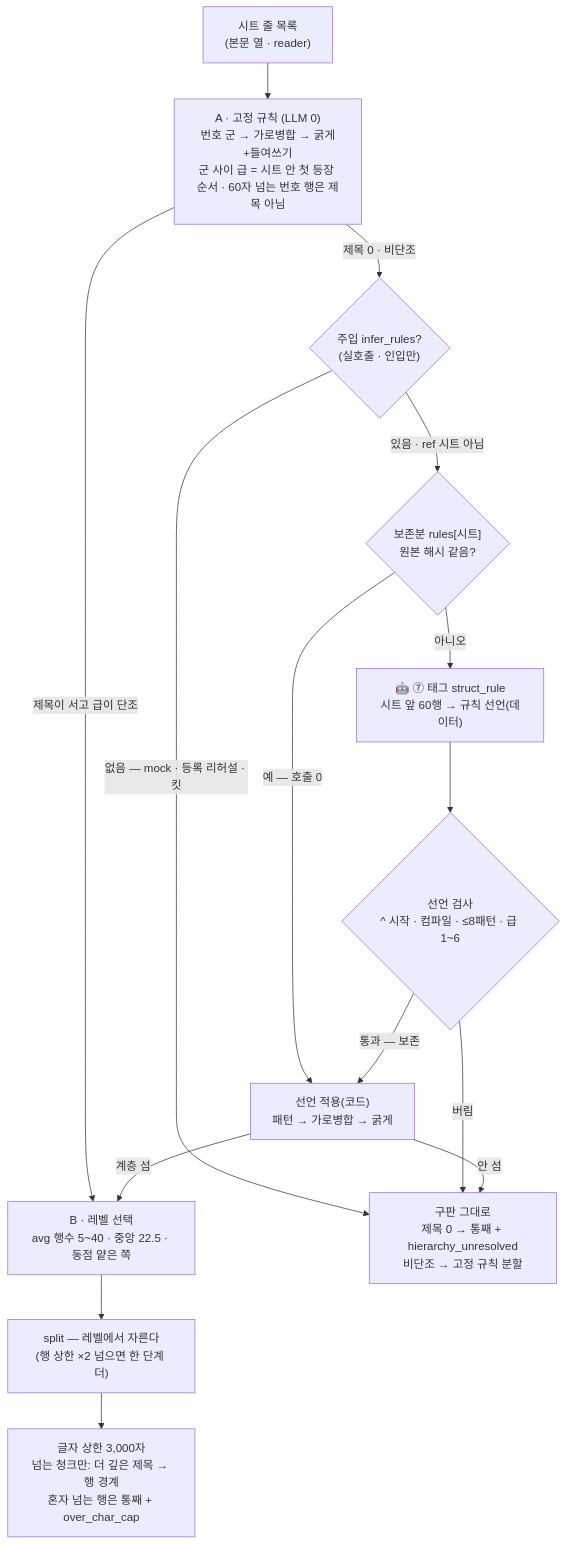
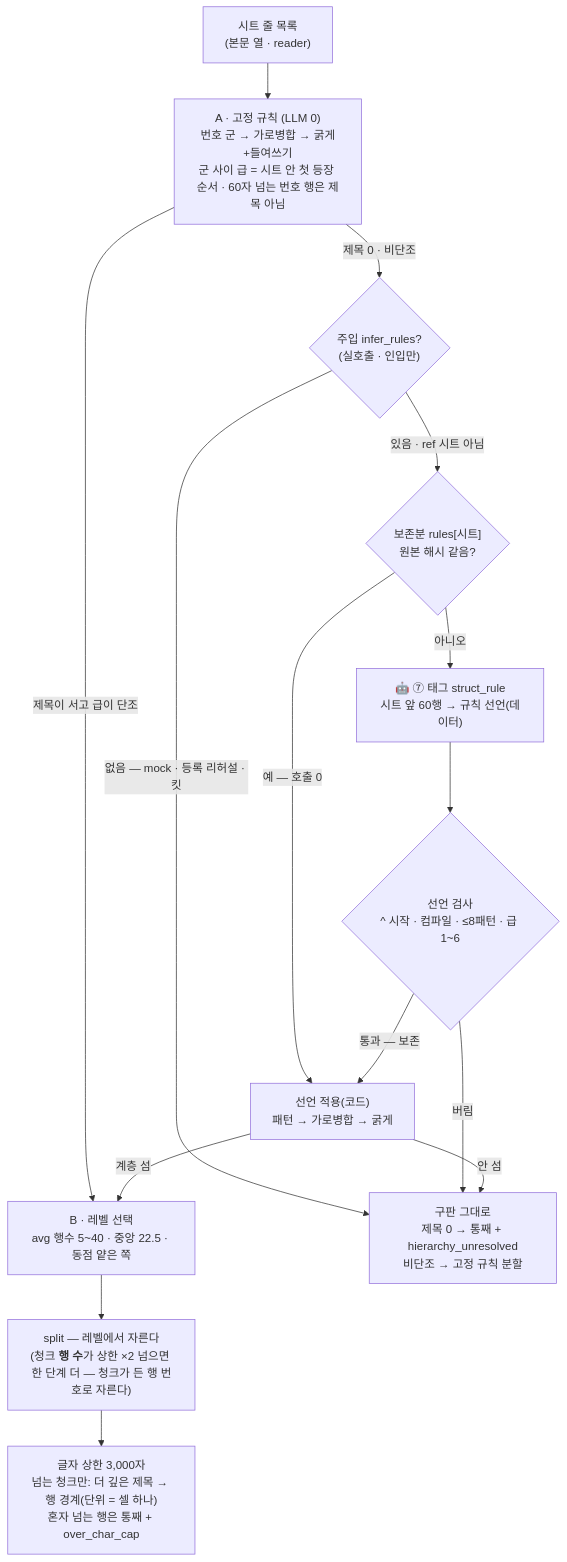
The second of 2 diagrams in docs/구조도/02_파싱과_추출.md (playjae0/ontology_system), drawn with Mermaid before and after one commit. The commit also changed other lines of this file and 21 other files, not shown here.

````diff
--- a/docs/구조도/02_파싱과_추출.md
+++ b/docs/구조도/02_파싱과_추출.md
@@ -137,17 +137,17 @@
 ```mermaid
 flowchart TD
   R["시트 줄 목록<br/>(본문 열 · reader)"] --> A1["A · 고정 규칙 (LLM 0)<br/>번호 군 → 가로병합 → 굵게+들여쓰기<br/>군 사이 급 = 시트 안 첫 등장 순서 · 60자 넘는 번호 행은 제목 아님"]
   A1 -->|제목이 서고 급이 단조| B1
   A1 -->|제목 0 · 비단조| D{"주입 infer_rules?<br/>(실호출 · 인입만)"}
   D -->|없음 — mock · 등록 리허설 · 킷| F0["구판 그대로<br/>제목 0 → 통째 + hierarchy_unresolved<br/>비단조 → 고정 규칙 분할"]
   D -->|있음 · ref 시트 아님| K{"보존분 rules[시트]<br/>원본 해시 같음?"}
   K -->|예 — 호출 0| AP
   K -->|아니오| L["🤖 ⑦ 태그 struct_rule<br/>시트 앞 60행 → 규칙 선언(데이터)"]
   L --> CK{"선언 검사<br/>^ 시작 · 컴파일 · ≤8패턴 · 급 1~6"}
   CK -->|버림| F0
   CK -->|통과 — 보존| AP["선언 적용(코드)<br/>패턴 → 가로병합 → 굵게"]
   AP -->|계층 섬| B1
   AP -->|안 섬| F0
-  B1["B · 레벨 선택<br/>avg 행수 5~40 · 중앙 22.5 · 동점 얕은 쪽"] --> S["split — 레벨에서 자른다<br/>(행 상한 ×2 넘으면 한 단계 더)"]
-  S --> C["글자 상한 3,000자<br/>넘는 청크만: 더 깊은 제목 → 행 경계<br/>혼자 넘는 행은 통째 + over_char_cap"]
+  B1["B · 레벨 선택<br/>avg 행수 5~40 · 중앙 22.5 · 동점 얕은 쪽"] --> S["split — 레벨에서 자른다<br/>(청크 <b>행 수</b>가 상한 ×2 넘으면 한 단계 더 — 청크가 든 행 번호로 자른다)"]
+  S --> C["글자 상한 3,000자<br/>넘는 청크만: 더 깊은 제목 → 행 경계(단위 = 셀 하나)<br/>혼자 넘는 행은 통째 + over_char_cap"]
 ```
````
